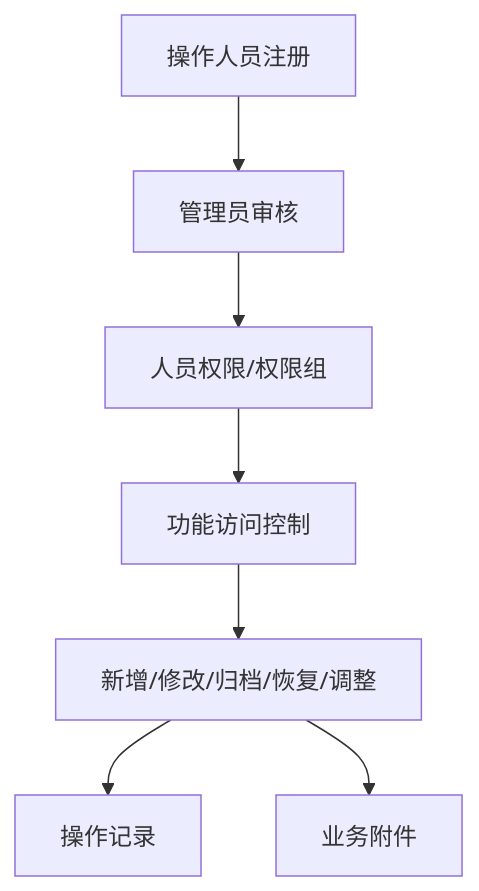
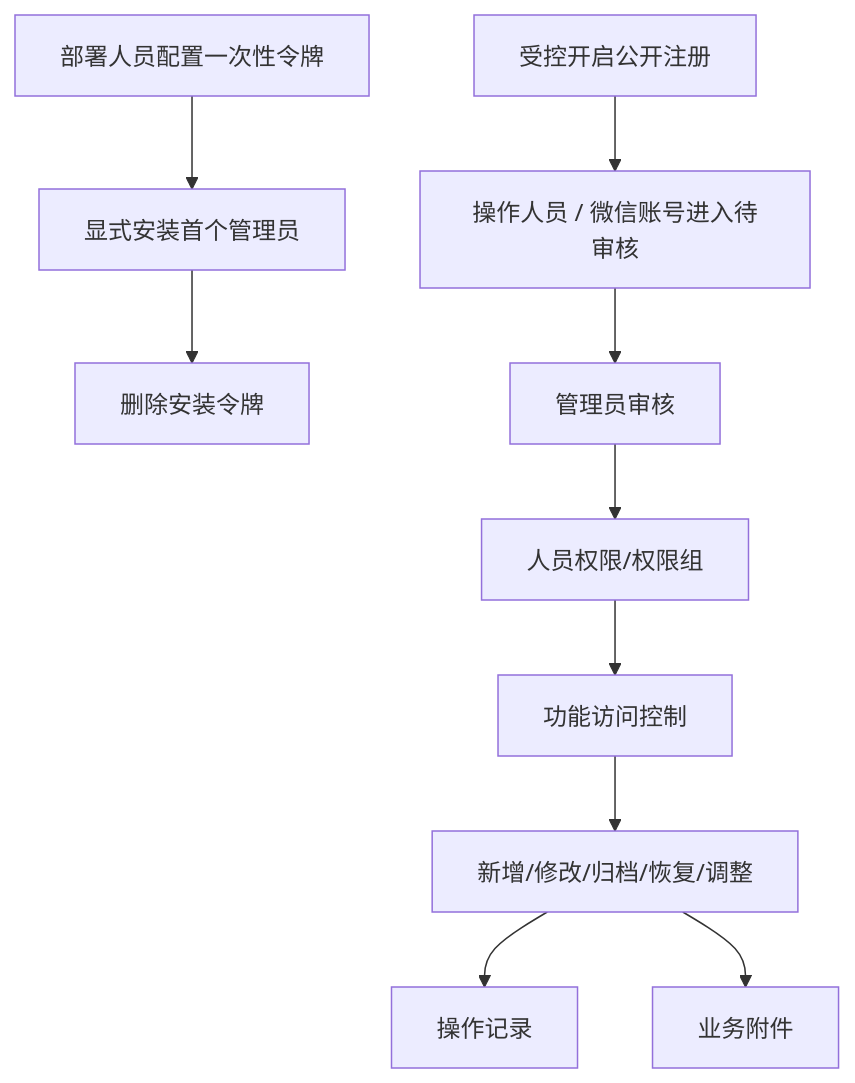
Before and after one commit to goldf2/mes-lite: diagram 18 of 18 in docs/minierp/system-function-flow.md, drawn with Mermaid. The commit also changed other lines of this file and 40 other files, not shown here.

````diff
--- a/docs/minierp/system-function-flow.md
+++ b/docs/minierp/system-function-flow.md
@@ -567,9 +567,12 @@
 ```mermaid
 flowchart TD
-  A["操作人员注册"] --> B["管理员审核"]
-  B --> C["人员权限/权限组"]
-  C --> D["功能访问控制"]
-  D --> E["新增/修改/归档/恢复/调整"]
-  E --> F["操作记录"]
-  E --> G["业务附件"]
+  A["部署人员配置一次性令牌"] --> B["显式安装首个管理员"]
+  B --> C["删除安装令牌"]
+  D["受控开启公开注册"] --> E["操作人员 / 微信账号进入待审核"]
+  E --> F["管理员审核"]
+  F --> G["人员权限/权限组"]
+  G --> H["功能访问控制"]
+  H --> I["新增/修改/归档/恢复/调整"]
+  I --> J["操作记录"]
+  I --> K["业务附件"]
 ```
````
